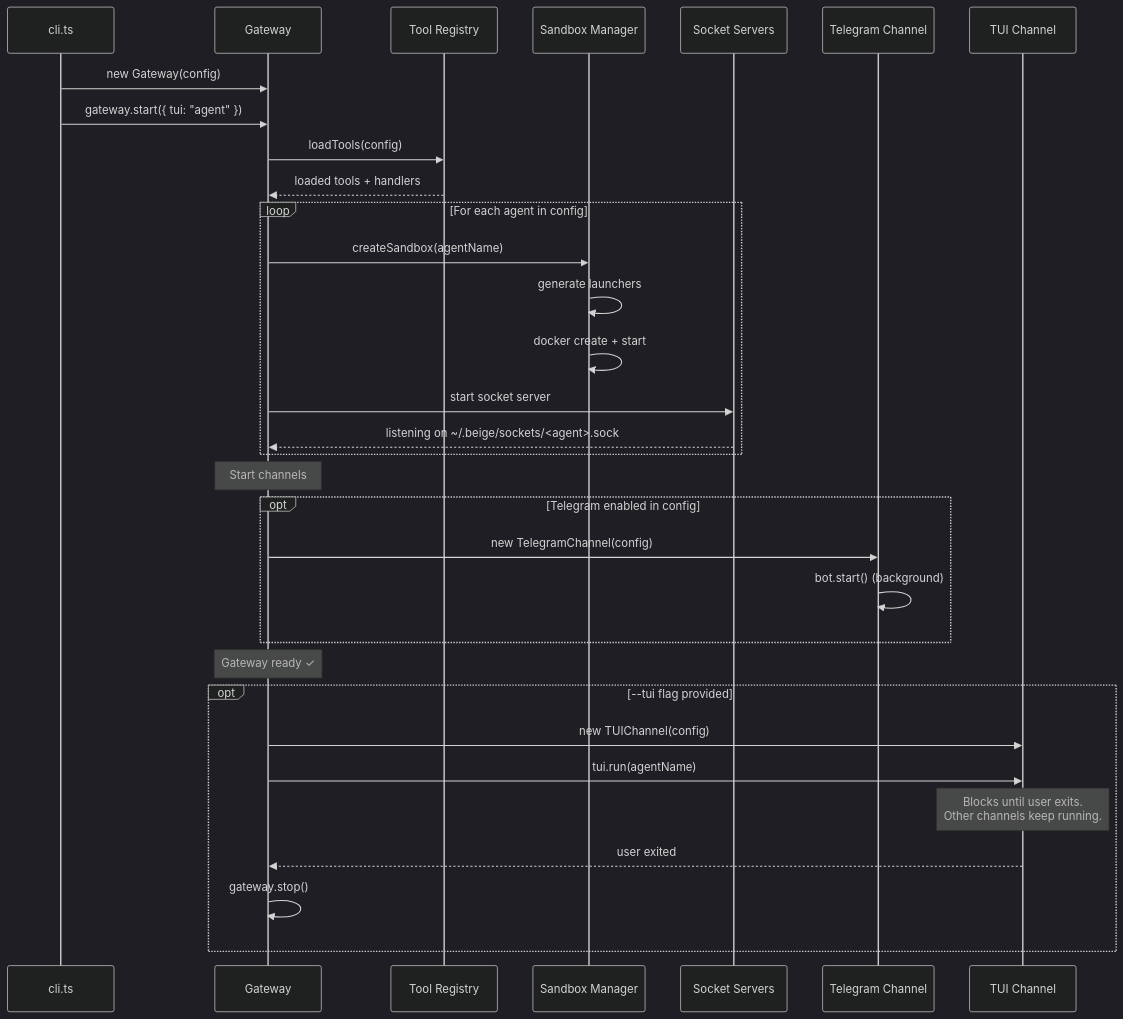
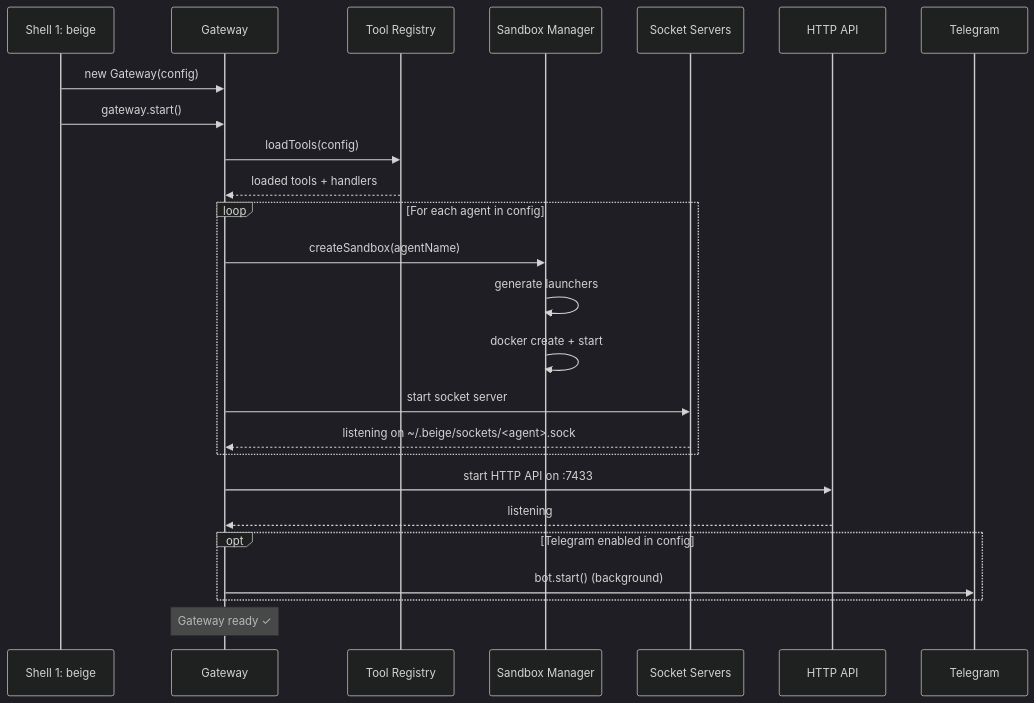
Before and after one commit to matthias-hausberger/beige: the fifth of 7 diagrams in docs/system-overview.md, drawn with Mermaid (dark theme). The commit also changed other lines of this file and 12 other files, not shown here.

Commit message:
feat: separate gateway from tui

````diff
--- a/docs/system-overview.md
+++ b/docs/system-overview.md
@@ -153,41 +155,33 @@
 ```mermaid
 sequenceDiagram
-    participant CLI as cli.ts
+    participant CLI as Shell 1: beige
     participant GW as Gateway
     participant Tools as Tool Registry
     participant SM as Sandbox Manager
     participant SS as Socket Servers
-    participant TG as Telegram Channel
-    participant TUI as TUI Channel
+    participant API as HTTP API
+    participant TG as Telegram
 
     CLI->>GW: new Gateway(config)
-    CLI->>GW: gateway.start({ tui: "agent" })
+    CLI->>GW: gateway.start()
 
     GW->>Tools: loadTools(config)
     Tools-->>GW: loaded tools + handlers
 
     loop For each agent in config
         GW->>SM: createSandbox(agentName)
         SM->>SM: generate launchers
         SM->>SM: docker create + start
         GW->>SS: start socket server
         SS-->>GW: listening on ~/.beige/sockets/<agent>.sock
     end
 
-    Note over GW: Start channels
+    GW->>API: start HTTP API on :7433
+    API-->>GW: listening
 
     opt Telegram enabled in config
-        GW->>TG: new TelegramChannel(config)
-        TG->>TG: bot.start() (background)
+        GW->>TG: bot.start() (background)
     end
 
     Note over GW: Gateway ready ✓
-
-    opt --tui flag provided
-        GW->>TUI: new TUIChannel(config)
-        GW->>TUI: tui.run(agentName)
-        Note over TUI: Blocks until user exits.<br/>Other channels keep running.
-        TUI-->>GW: user exited
-        GW->>GW: gateway.stop()
-    end
 ```
````
